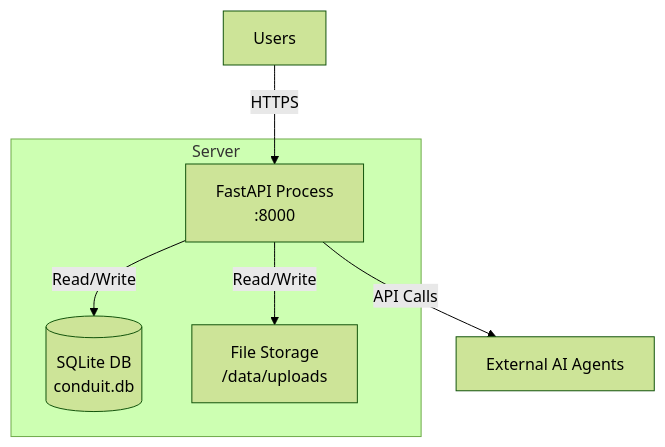
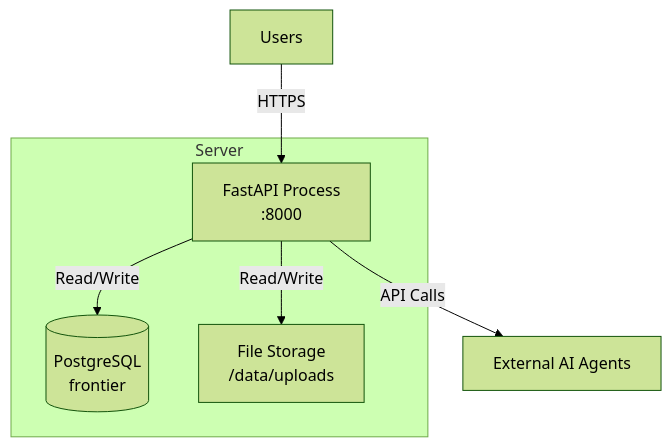
One commit to sweiyang/frontier changed the fifth of 7 diagrams in docs/prd/06-architecture.md. Above: the diagram before and after it, drawn with Mermaid (forest theme). The commit also changed other lines of this file and 60 other files, not shown here.

````diff
--- a/docs/prd/06-architecture.md
+++ b/docs/prd/06-architecture.md
@@ -404,13 +407,13 @@
 ```mermaid
 graph TB
     subgraph "Server"
         FastAPI[FastAPI Process<br/>:8000]
-        SQLite[(SQLite DB<br/>conduit.db)]
+        PG[(PostgreSQL<br/>frontier)]
         Files[File Storage<br/>/data/uploads]
     end
 
     Users[Users] -->|HTTPS| FastAPI
-    FastAPI -->|Read/Write| SQLite
+    FastAPI -->|Read/Write| PG
     FastAPI -->|Read/Write| Files
     FastAPI -->|API Calls| Agents[External AI Agents]
 ```
````
